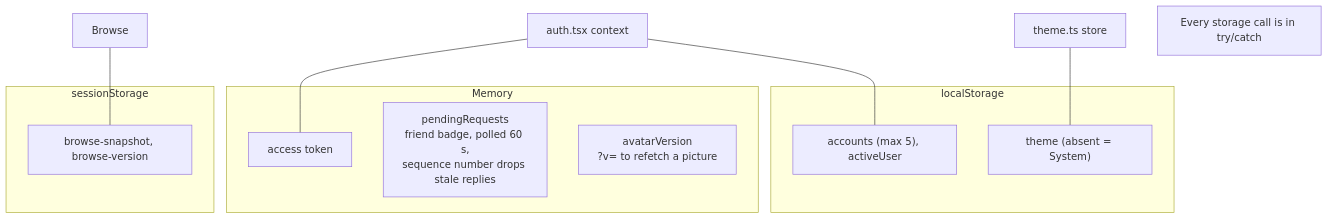
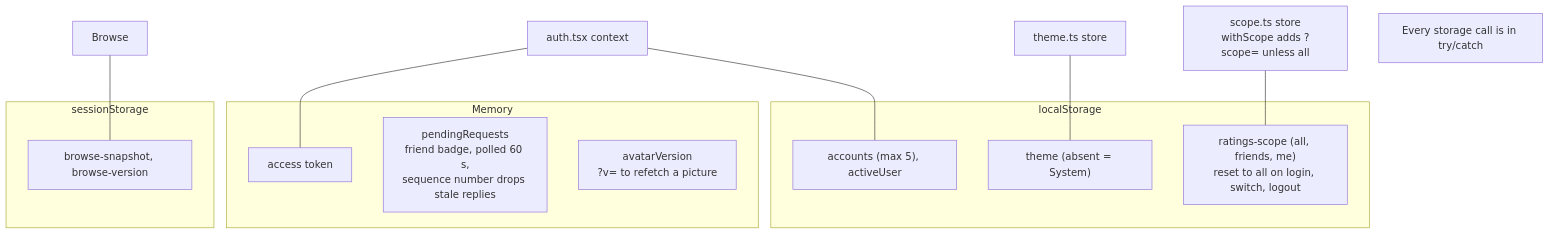
Before and after one commit to trism-prism/anime-rating-platform: the fourth of 7 diagrams in docs/frontend.md, drawn with Mermaid. The commit also changed 22 other files, not shown here.

First line of the commit message:
Ratings scope: filter ratings by All, Friends only or Only me (#60)

````diff
--- a/docs/frontend.md
+++ b/docs/frontend.md
@@ -68,20 +68,22 @@
 ```mermaid
 flowchart TB
   subgraph Memory
     TOK["access token"]
     PR["pendingRequests<br/>friend badge, polled 60 s,<br/>sequence number drops stale replies"]
     AVV["avatarVersion<br/>?v= to refetch a picture"]
   end
   subgraph localStorage
     AC["accounts (max 5), activeUser"]
     TH["theme (absent = System)"]
+    SCP["ratings-scope (all, friends, me)<br/>reset to all on login, switch, logout"]
   end
   subgraph sessionStorage
     BS["browse-snapshot, browse-version"]
   end
   AU[auth.tsx context] --- TOK
   AU --- AC
   TS["theme.ts store"] --- TH
+  SS2["scope.ts store<br/>withScope adds ?scope= unless all"] --- SCP
   BR[Browse] --- BS
   Note["Every storage call is in try/catch"]
 ```
````
